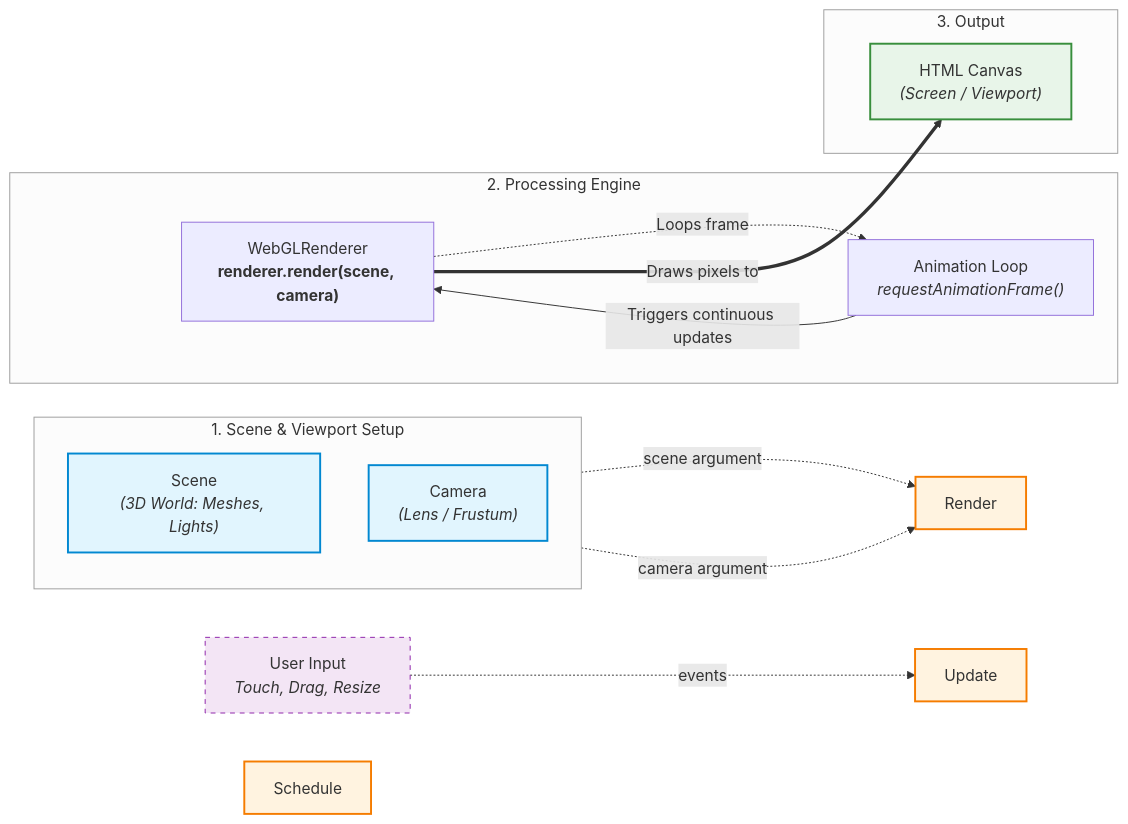
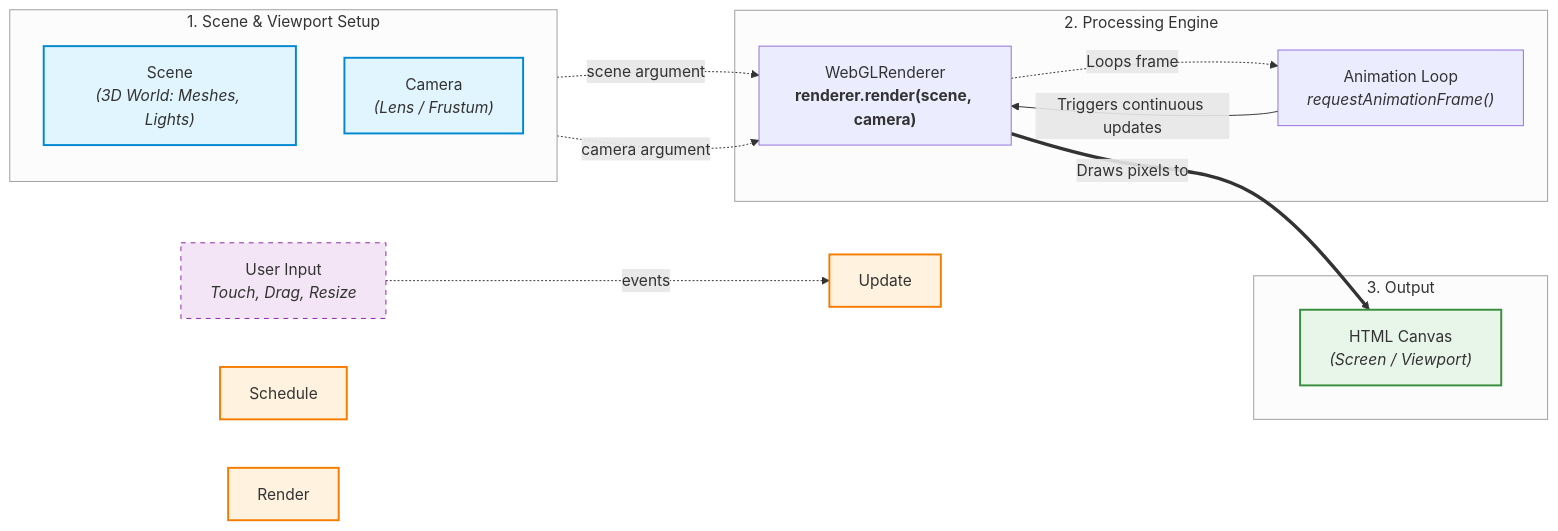
One commit to ManuelVargas1251/three changed the diagram in README.md. Above: the diagram before and after it, drawn with Mermaid.

Commit message:
docs: fix inputs 🐈🧜‍♀️🗽

````diff
--- a/README.md
+++ b/README.md
@@ -9,44 +9,44 @@
 ```mermaid
 flowchart LR
     subgraph Setup ["1. Scene & Viewport Setup"]
         direction TB
         Scene["Scene<br/><i>(3D World: Meshes, Lights)</i>"]
         Camera["Camera<br/><i>(Lens / Frustum)</i>"]
     end
 
     subgraph Engine ["2. Processing Engine"]
         Renderer["WebGLRenderer<br/><b>renderer.render(scene, camera)</b>"]
         Loop["Animation Loop<br/><i>requestAnimationFrame()</i>"]
     end
 
     subgraph Display ["3. Output"]
         Canvas["HTML Canvas<br/><i>(Screen / Viewport)</i>"]
     end
 
     %% Inputs on the Left
     UserInputs["User Input<br/><i>Touch, Drag, Resize</i>"] -. "events" .-> Update
 
     %% Setup Arguments from Above
-    Scene -. "scene argument" .-> Render
-    Camera -. "camera argument" .-> Render
+    Scene -. "scene argument" .-> Renderer
+    Camera -. "camera argument" .-> Renderer
 
     %% Render loop feedback
     Loop -->|"Triggers continuous updates"| Renderer
     Renderer -. "Loops frame" .-> Loop
 
     %% Primary execution output
     Renderer ==>|"Draws pixels to"| Canvas
 
     style Scene fill:#e1f5fe,stroke:#0288d1,stroke-width:2px
     style Camera fill:#e1f5fe,stroke:#0288d1,stroke-width:2px
     style UserInputs fill:#f3e5f5,stroke:#8e24aa,stroke-width:1px,stroke-dasharray: 5 5
     style Schedule fill:#fff3e0,stroke:#f57c00,stroke-width:2px
     style Update fill:#fff3e0,stroke:#f57c00,stroke-width:2px
     style Render fill:#fff3e0,stroke:#f57c00,stroke-width:2px
     style Canvas fill:#e8f5e9,stroke:#388e3c,stroke-width:2px
 
     %% Subgraph Styling
     style Setup fill:#fcfcfc,stroke:#9e9e9e,stroke-width:1px
     style Engine fill:#fcfcfc,stroke:#9e9e9e,stroke-width:1px
     style Display fill:#fcfcfc,stroke:#9e9e9e,stroke-width:1px
 ```
````
